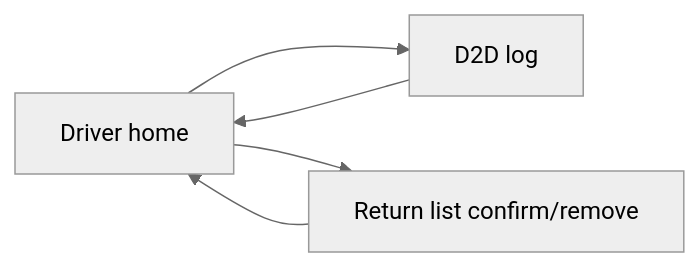
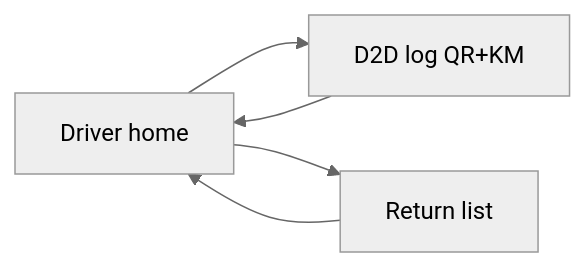
The third of 3 diagrams in docs/FLOWS_BY_ROLE.md (professorbhakta/cts_beta), drawn with Mermaid (neutral theme) before and after one commit. The commit also changed other lines of this file and 175 other files, not shown here.

````diff
--- a/docs/FLOWS_BY_ROLE.md
+++ b/docs/FLOWS_BY_ROLE.md
@@ -70,7 +119,7 @@
 ```mermaid
 flowchart LR
-  dh[Driver home] --> trip[D2D log]
+  dh[Driver home] --> trip[D2D log QR+KM]
   trip --> dh
-  dh --> ret[Return list confirm/remove]
+  dh --> ret[Return list]
   ret --> dh
 ```
````
